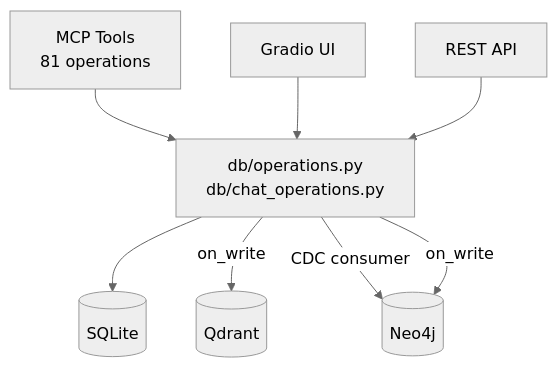
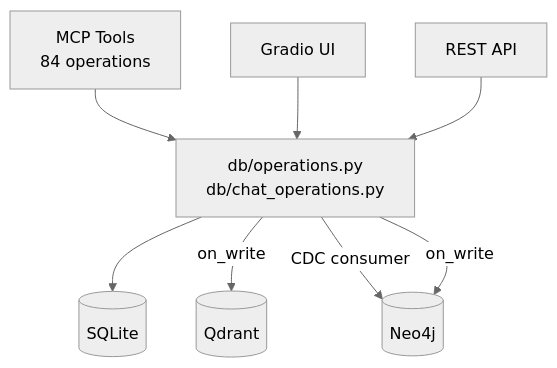
The second of 2 diagrams in README.md (janat-llc/janatpmp), drawn with Mermaid (neutral theme) before and after one commit. The commit also changed other lines of this file and 1 other file, not shown here.

````diff
--- a/README.md
+++ b/README.md
@@ -42,10 +41,10 @@
 ```mermaid
 graph TB
-    MCP[MCP Tools<br/>81 operations] --> DB[db/operations.py<br/>db/chat_operations.py]
+    MCP[MCP Tools<br/>84 operations] --> DB[db/operations.py<br/>db/chat_operations.py]
     UI[Gradio UI] --> DB
     API[REST API] --> DB
     DB --> SQLite[(SQLite)]
     DB -->|on_write| Qdrant[(Qdrant)]
     DB -->|CDC consumer| Neo4j[(Neo4j)]
     DB -->|on_write| Neo4j
 ```
````
